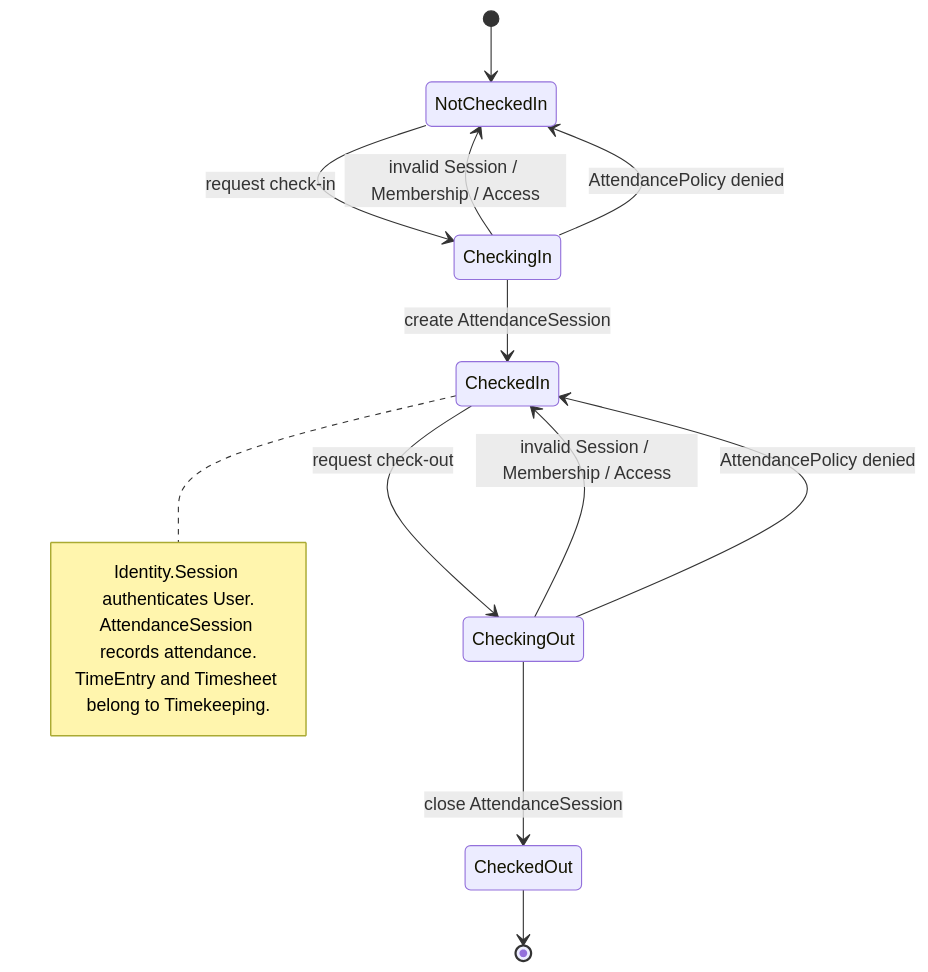
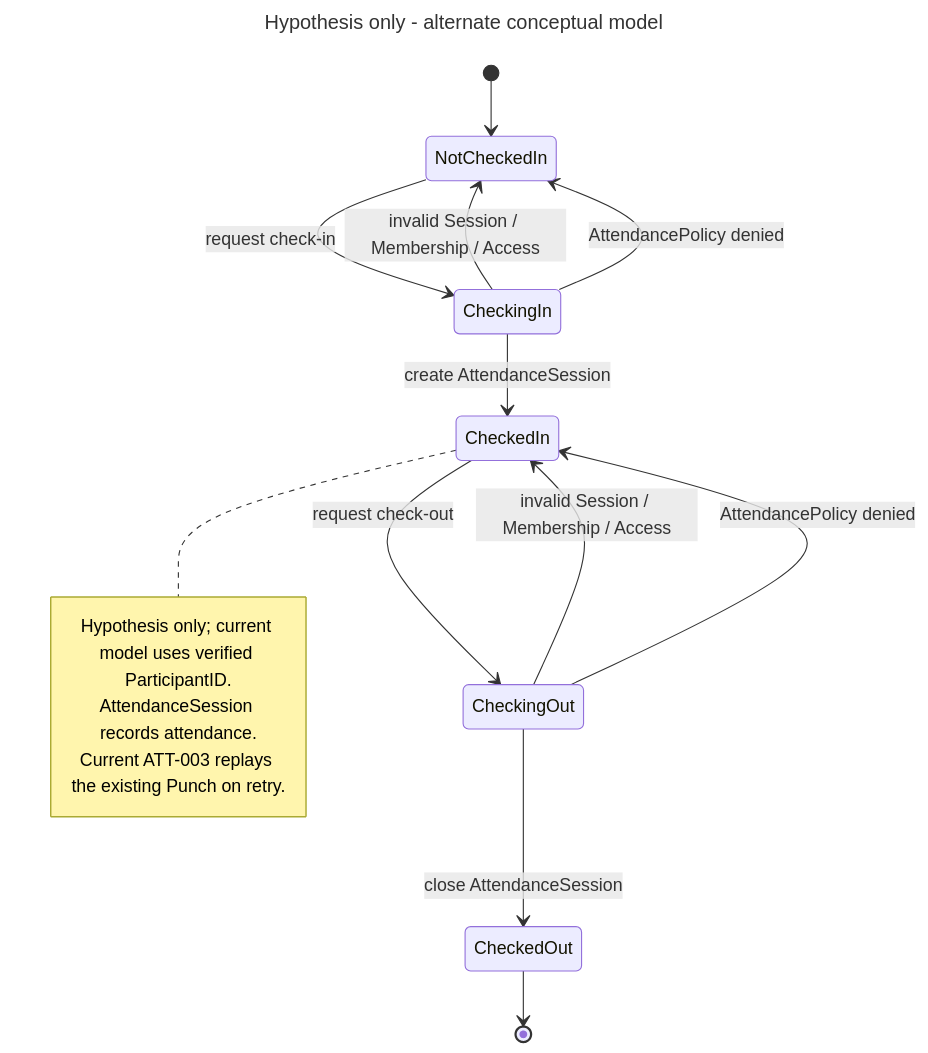
The diagram in docs/assets/architecture/mermaid/conceptual-attendance-state.mmd (963sup/linebot-platform), drawn with Mermaid before and after one commit. The commit also changed 91 other files, not shown here.

Commit message:
refactor: align production architecture and preserve provider data

```diff
--- a/docs/assets/architecture/mermaid/conceptual-attendance-state.mmd
+++ b/docs/assets/architecture/mermaid/conceptual-attendance-state.mmd
@@ -1,16 +1,21 @@
+---
+title: Hypothesis only - alternate conceptual model
+---
+%% Non-normative hypothesis, not the implemented model or API.
+%% Authority: docs/domain/model.yaml and ADR 0004; no new context, event or persistence commitment.
 stateDiagram-v2
     [*] --> NotCheckedIn
     NotCheckedIn --> CheckingIn : request check-in
     CheckingIn --> NotCheckedIn : invalid Session / Membership / Access
     CheckingIn --> NotCheckedIn : AttendancePolicy denied
     CheckingIn --> CheckedIn : create AttendanceSession
     CheckedIn --> CheckingOut : request check-out
     CheckingOut --> CheckedIn : invalid Session / Membership / Access
     CheckingOut --> CheckedIn : AttendancePolicy denied
     CheckingOut --> CheckedOut : close AttendanceSession
     CheckedOut --> [*]
     note right of CheckedIn
-        Identity.Session authenticates User.
+        Hypothesis only; current model uses verified ParticipantID.
         AttendanceSession records attendance.
-        TimeEntry and Timesheet belong to Timekeeping.
+        Current ATT-003 replays the existing Punch on retry.
     end note
```
